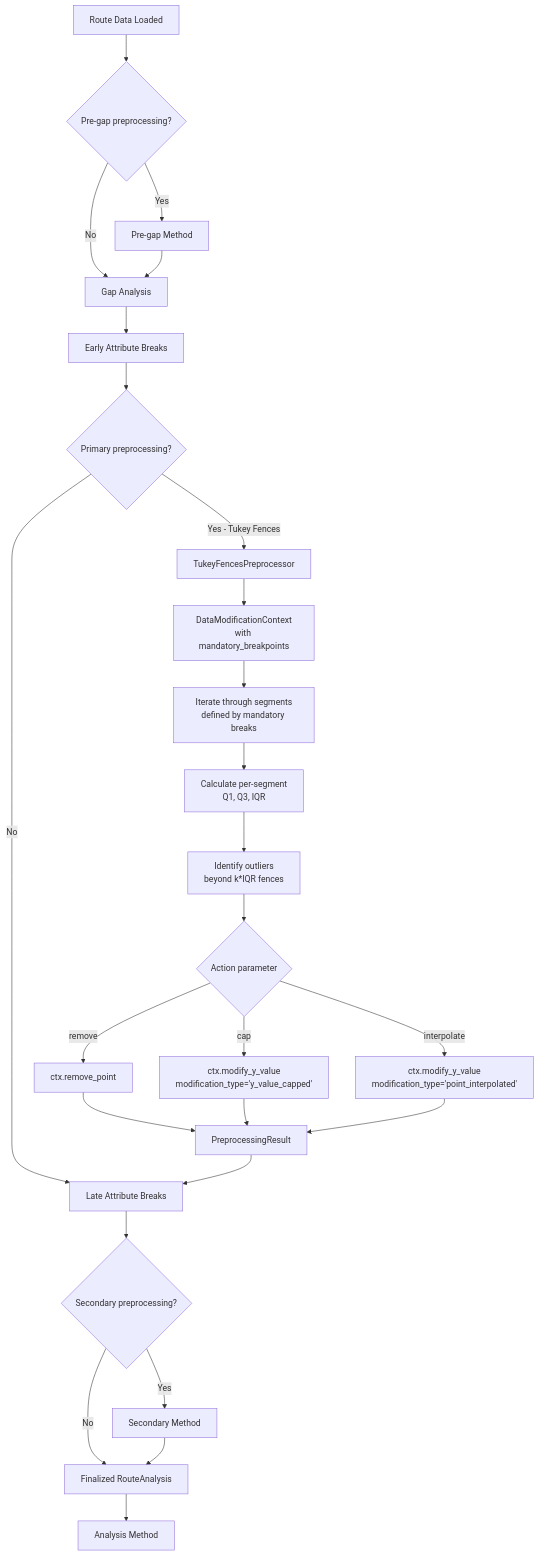
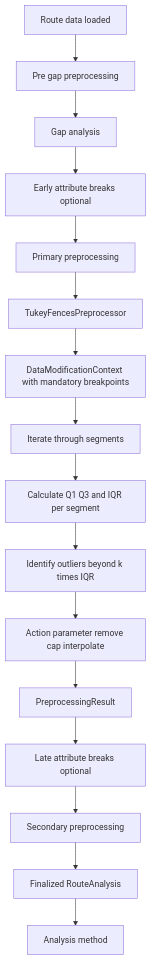
Before and after one commit to eperrone-pers/highway_segmentation_tool: the second of 2 diagrams in docs/configuring_new_preprocessing_method.md, drawn with Mermaid. The commit also changed other lines of this file and 15 other files, not shown here.

````diff
--- a/docs/configuring_new_preprocessing_method.md
+++ b/docs/configuring_new_preprocessing_method.md
@@ -321,36 +300,18 @@
 ```mermaid
 flowchart TD
-    START[Route Data Loaded] --> PREGAP{Pre-gap preprocessing?}
-    PREGAP -->|No| GAP[Gap Analysis]
-    PREGAP -->|Yes| PREGAP_PROC[Pre-gap Method]
-    PREGAP_PROC --> GAP
-    
-    GAP --> ATTR1[Early Attribute Breaks]
-    ATTR1 --> PRIMARY{Primary preprocessing?}
-    
-    PRIMARY -->|Yes - Tukey Fences| TF[TukeyFencesPreprocessor]
-    PRIMARY -->|No| ATTR2
-    
-    TF --> CTX[DataModificationContext<br/>with mandatory_breakpoints]
-    CTX --> SEGMENTS[Iterate through segments<br/>defined by mandatory breaks]
-    
-    SEGMENTS --> STATS[Calculate per-segment<br/>Q1, Q3, IQR]
-    STATS --> OUTLIERS[Identify outliers<br/>beyond k*IQR fences]
-    
-    OUTLIERS --> ACTION{Action parameter}
-    ACTION -->|remove| REMOVE[ctx.remove_point]
-    ACTION -->|cap| CAP[ctx.modify_y_value<br/>modification_type='y_value_capped']
-    ACTION -->|interpolate| INTERP[ctx.modify_y_value<br/>modification_type='point_interpolated']
-    
-    REMOVE --> RESULT[PreprocessingResult]
-    CAP --> RESULT
-    INTERP --> RESULT
-    
-    RESULT --> ATTR2[Late Attribute Breaks]
-    ATTR2 --> SECONDARY{Secondary preprocessing?}
-    SECONDARY -->|No| FINAL[Finalized RouteAnalysis]
-    SECONDARY -->|Yes| SECONDARY_PROC[Secondary Method]
-    SECONDARY_PROC --> FINAL
-    
-    FINAL --> ANALYSIS[Analysis Method]
+  START["Route data loaded"] --> PREGAP["Pre gap preprocessing"];
+  PREGAP --> GAP["Gap analysis"];
+  GAP --> ATTR1["Early attribute breaks optional"];
+  ATTR1 --> PRIMARY["Primary preprocessing"];
+  PRIMARY --> TF["TukeyFencesPreprocessor"];
+  TF --> CTX["DataModificationContext with mandatory breakpoints"];
+  CTX --> SEGMENTS["Iterate through segments"];
+  SEGMENTS --> STATS["Calculate Q1 Q3 and IQR per segment"];
+  STATS --> OUTLIERS["Identify outliers beyond k times IQR"];
+  OUTLIERS --> ACTION["Action parameter remove cap interpolate"];
+  ACTION --> RESULT["PreprocessingResult"];
+  RESULT --> ATTR2["Late attribute breaks optional"];
+  ATTR2 --> SECONDARY["Secondary preprocessing"];
+  SECONDARY --> FINAL["Finalized RouteAnalysis"];
+  FINAL --> ANALYSIS["Analysis method"];
 ```
````
